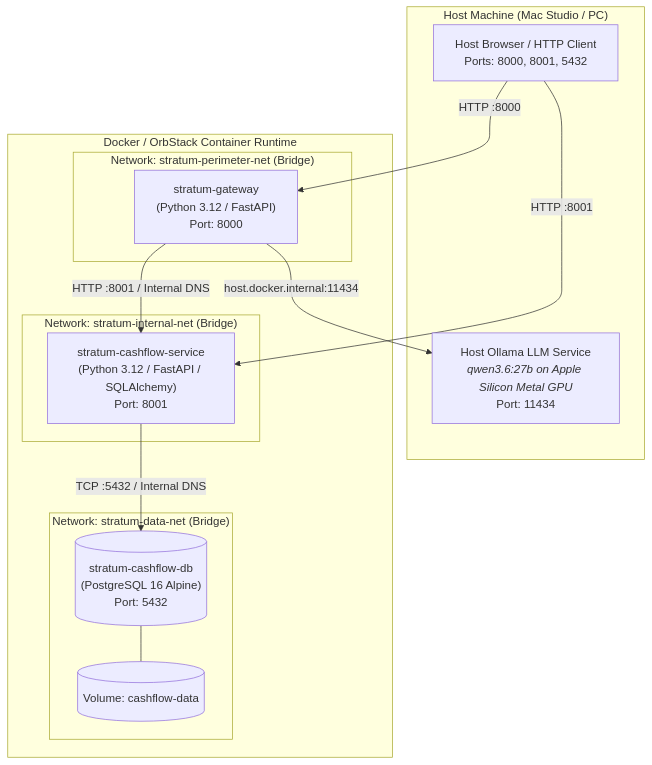
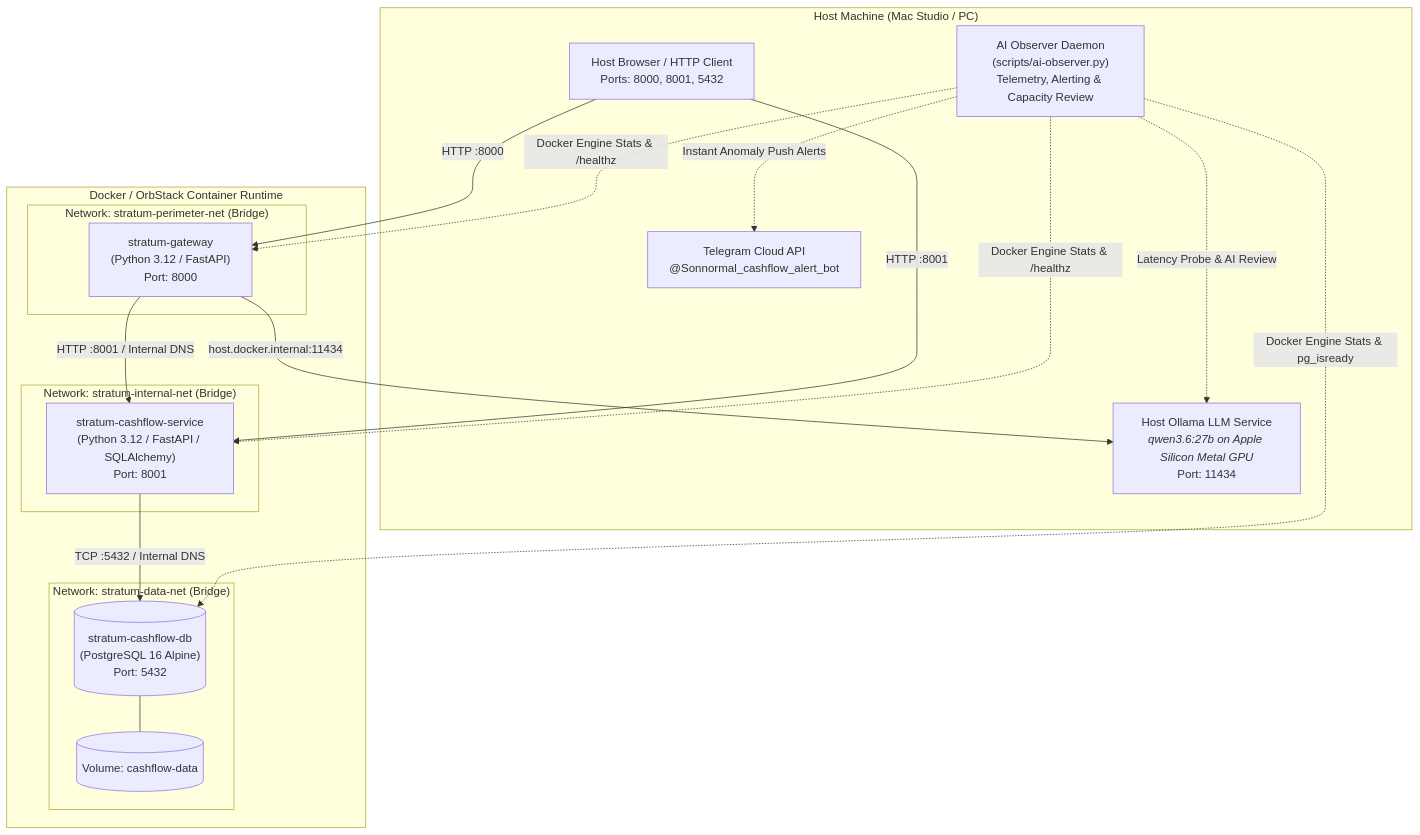
Before and after one commit to sonnormal/stratum-meta: the diagram in architecture/topology/container-runtime.md, drawn with Mermaid. The commit also changed other lines of this file and 5 other files, not shown here.

Commit message:
feat(observer): implement autonomous AI infrastructure observer and capacity advisor (STEP-08)

````diff
--- a/architecture/topology/container-runtime.md
+++ b/architecture/topology/container-runtime.md
@@ -12,29 +12,36 @@
 ```mermaid
 graph TD
     subgraph Host_Environment ["Host Machine (Mac Studio / PC)"]
         HostOllama["Host Ollama LLM Service<br/><i>qwen3.6:27b on Apple Silicon Metal GPU</i><br/>Port: 11434"]
         ClientHost["Host Browser / HTTP Client<br/>Ports: 8000, 8001, 5432"]
+        Observer["AI Observer Daemon<br/>(scripts/ai-observer.py)<br/>Telemetry, Alerting & Capacity Review"]
+        Telegram["Telegram Cloud API<br/>@Sonnormal_cashflow_alert_bot"]
     end
 
     subgraph Docker_Engine ["Docker / OrbStack Container Runtime"]
         subgraph Perimeter_Net ["Network: stratum-perimeter-net (Bridge)"]
             Gateway["stratum-gateway<br/>(Python 3.12 / FastAPI)<br/>Port: 8000"]
         end
 
         subgraph Internal_Net ["Network: stratum-internal-net (Bridge)"]
             Cashflow["stratum-cashflow-service<br/>(Python 3.12 / FastAPI / SQLAlchemy)<br/>Port: 8001"]
         end
 
         subgraph Data_Net ["Network: stratum-data-net (Bridge)"]
             Postgres[("stratum-cashflow-db<br/>(PostgreSQL 16 Alpine)<br/>Port: 5432")]
             DataVol[("Volume: cashflow-data")]
         end
     end
 
     ClientHost -->|HTTP :8000| Gateway
     ClientHost -->|HTTP :8001| Cashflow
     Gateway -->|host.docker.internal:11434| HostOllama
     Gateway -->|HTTP :8001 / Internal DNS| Cashflow
     Cashflow -->|TCP :5432 / Internal DNS| Postgres
     Postgres --- DataVol
+    Observer -.->|Docker Engine Stats & /healthz| Gateway
+    Observer -.->|Docker Engine Stats & /healthz| Cashflow
+    Observer -.->|Docker Engine Stats & pg_isready| Postgres
+    Observer -.->|Latency Probe & AI Review| HostOllama
+    Observer -.->|Instant Anomaly Push Alerts| Telegram
 ```
````
